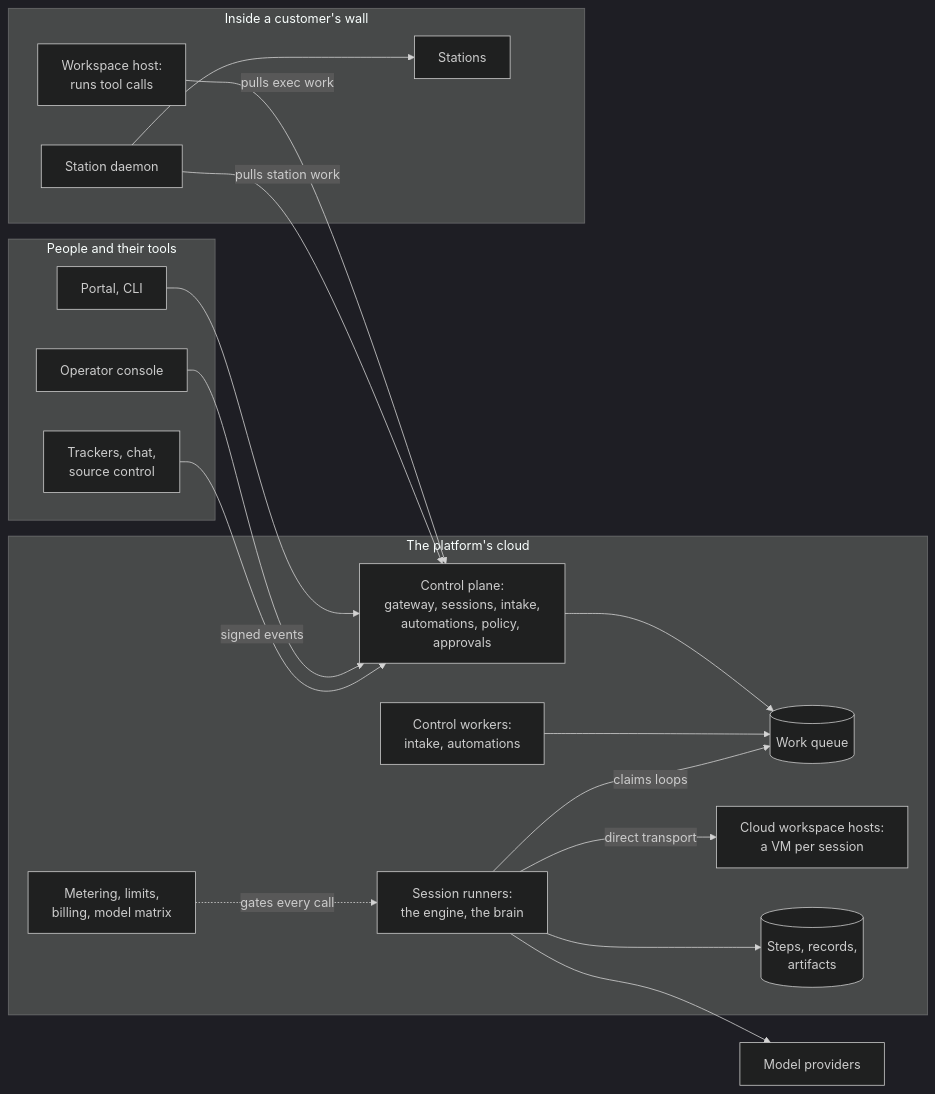
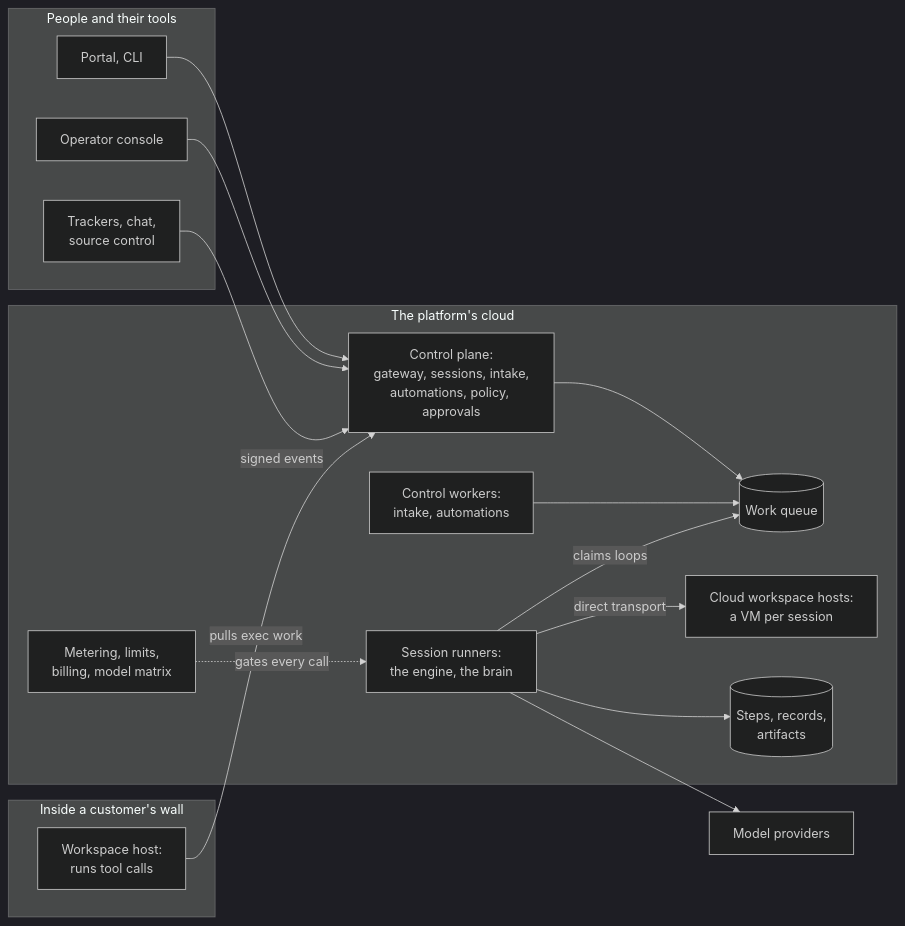
The diagram in distro_gentic_spec.md (baristaze/distro_gentic), drawn with Mermaid (dark theme) before and after one commit. The commit also changed other lines of this file, not shown here.

First line of the commit message:
The spec holds no station, lab, robot, or sensor

````diff
--- a/distro_gentic_spec.md
+++ b/distro_gentic_spec.md
@@ -136,37 +127,33 @@
 ```mermaid
 flowchart LR
     subgraph Outside [People and their tools]
         Apps[Portal, CLI]
         Ops[Operator console]
         Ext[Trackers, chat,<br/>source control]
     end
     subgraph Cloud [The platform's cloud]
         CP[Control plane:<br/>gateway, sessions, intake,<br/>automations, policy, approvals]
         CW[Control workers:<br/>intake, automations]
         Q[(Work queue)]
         SR[Session runners:<br/>the engine, the brain]
         CWS[Cloud workspace hosts:<br/>a VM per session]
         Rec[(Steps, records,<br/>artifacts)]
         Money[Metering, limits,<br/>billing, model matrix]
     end
     subgraph Wall [Inside a customer's wall]
         WH[Workspace host:<br/>runs tool calls]
-        SD[Station daemon]
-        St[Stations]
     end
     LLM[Model providers]
 
     Apps --> CP
     Ops --> CP
     Ext -->|signed events| CP
     CP --> Q
     CW --> Q
     SR -->|claims loops| Q
     SR -->|direct transport| CWS
     WH -->|pulls exec work| CP
-    SD -->|pulls station work| CP
-    SD --> St
     SR --> LLM
     SR --> Rec
     Money -.->|gates every call| SR
 ```
````
